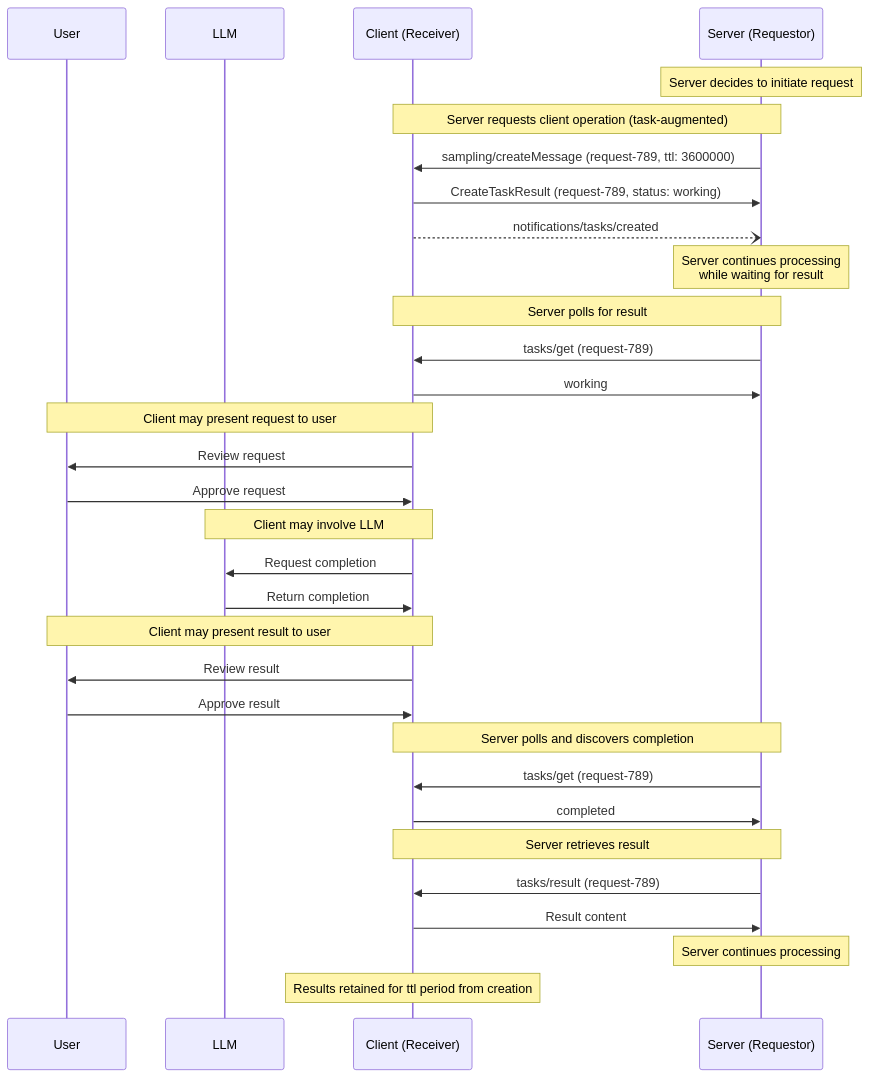
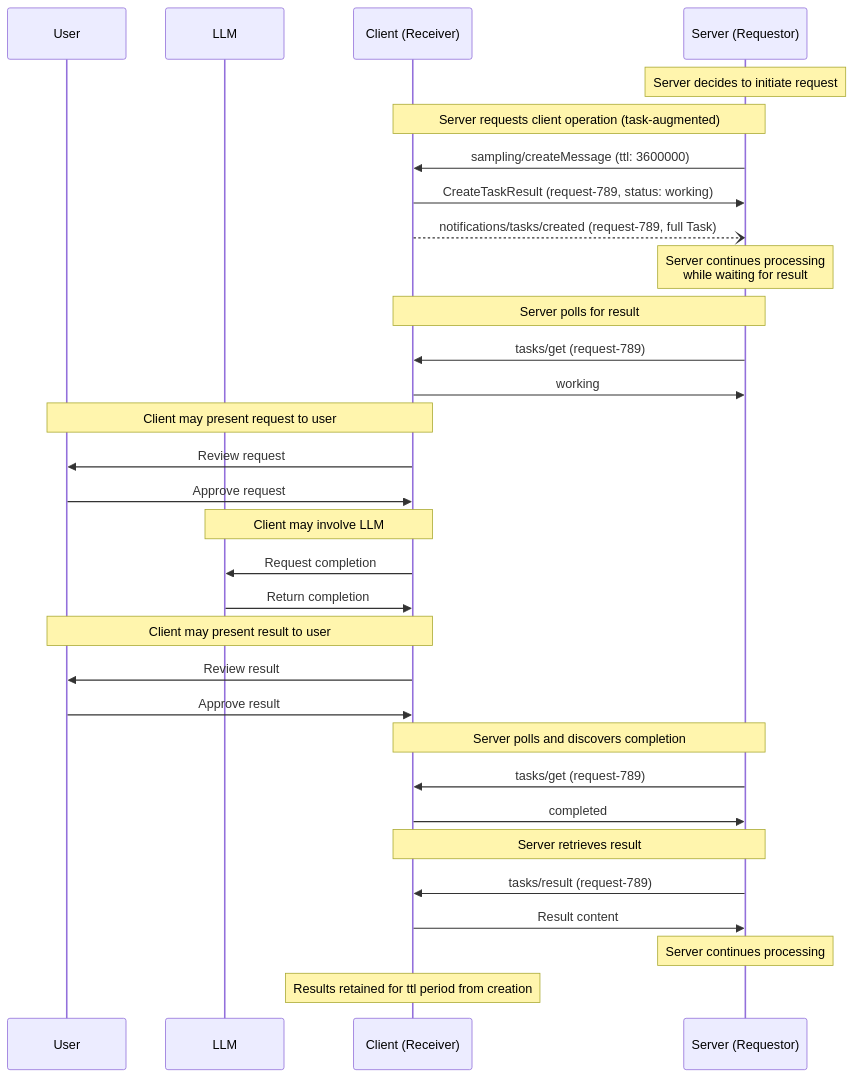
The fourth of 5 diagrams in docs/specification/draft/basic/utilities/tasks.mdx (scottslewis/modelcontextprotocol), drawn with Mermaid before and after one commit. The commit also changed other lines of this file and 3 other files, not shown here.

Commit message:
Make notifications include full task info

````diff
--- a/docs/specification/draft/basic/utilities/tasks.mdx
+++ b/docs/specification/draft/basic/utilities/tasks.mdx
@@ -540,44 +550,44 @@
 ```mermaid
 sequenceDiagram
     participant U as User
     participant LLM
     participant C as Client (Receiver)
     participant S as Server (Requestor)
 
     Note over S: Server decides to initiate request
 
     Note over S,C: Server requests client operation (task-augmented)
-    S->>C: sampling/createMessage (request-789, ttl: 3600000)
+    S->>C: sampling/createMessage (ttl: 3600000)
     C->>S: CreateTaskResult (request-789, status: working)
-    C--)S: notifications/tasks/created
+    C--)S: notifications/tasks/created (request-789, full Task)
 
     Note over S: Server continues processing<br/>while waiting for result
 
     Note over S,C: Server polls for result
     S->>C: tasks/get (request-789)
     C->>S: working
 
     Note over C,U: Client may present request to user
     C->>U: Review request
     U->>C: Approve request
 
     Note over C,LLM: Client may involve LLM
     C->>LLM: Request completion
     LLM->>C: Return completion
 
     Note over C,U: Client may present result to user
     C->>U: Review result
     U->>C: Approve result
 
     Note over S,C: Server polls and discovers completion
     S->>C: tasks/get (request-789)
     C->>S: completed
 
     Note over S,C: Server retrieves result
     S->>C: tasks/result (request-789)
     C->>S: Result content
 
     Note over S: Server continues processing
 
     Note over C: Results retained for ttl period from creation
 ```
````
